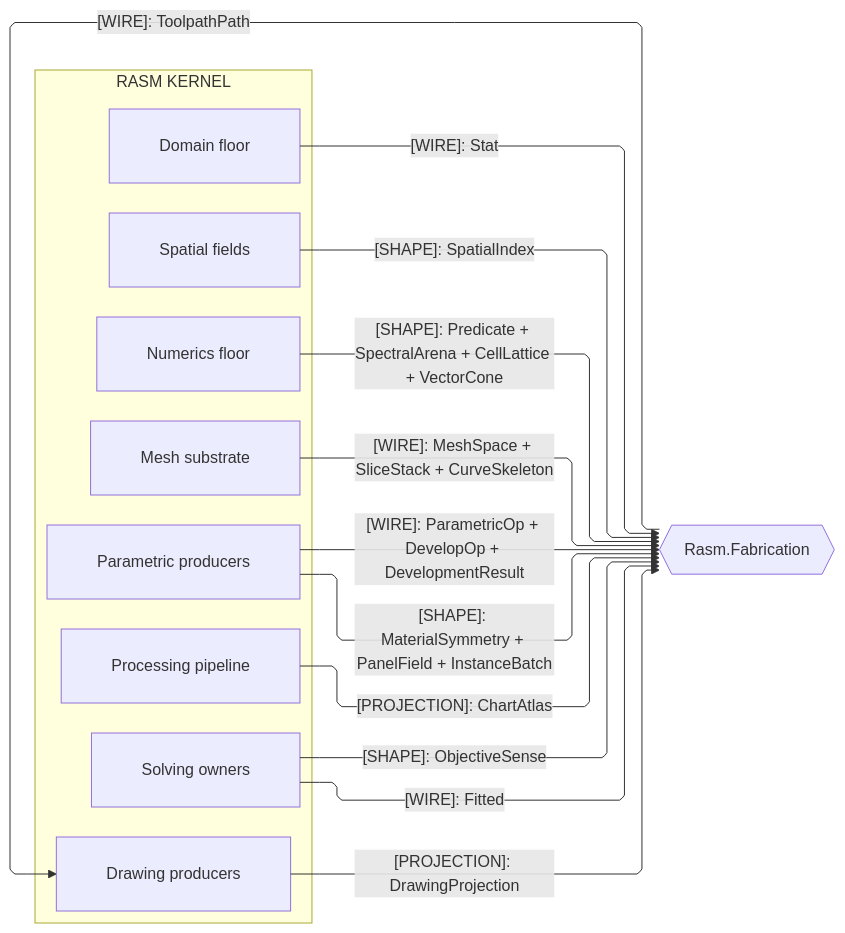
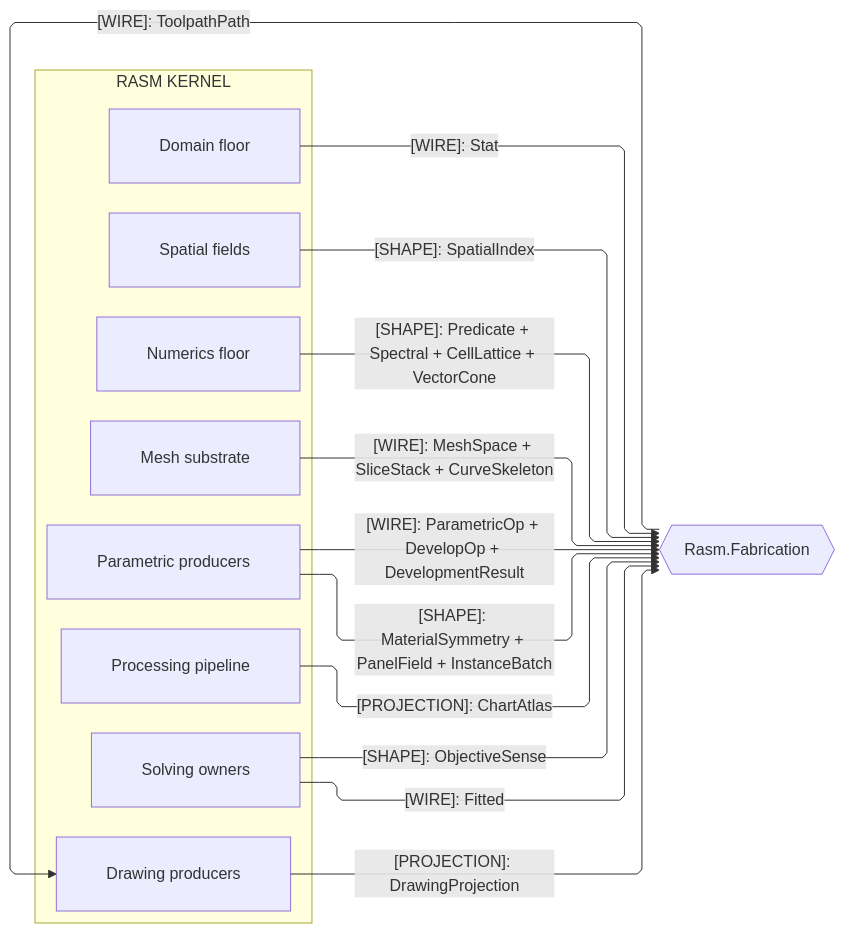
Before and after one commit to bsamiee/Rasm: the third of 4 diagrams in libs/dotnet/Rasm/ARCHITECTURE.md, drawn with Mermaid. The commit also changed other lines of this file and 83 other files, not shown here.

````diff
--- a/libs/dotnet/Rasm/ARCHITECTURE.md
+++ b/libs/dotnet/Rasm/ARCHITECTURE.md
@@ -245,34 +245,34 @@
 ```mermaid
 ---
 config:
   layout: elk
   flowchart:
     curve: linear
     padding: 25
 ---
 flowchart LR
     accTitle: Kernel fabrication boundaries
     accDescr: Kernel owners projecting substrate, algorithm, and drawing shapes to the fabrication peer and reading its posted toolpath pack back.
     subgraph rasm[RASM KERNEL]
         Domain[Domain floor]
         Spatial[Spatial fields]
         Numerics[Numerics floor]
         Meshing[Mesh substrate]
         Parametric[Parametric producers]
         Processing[Processing pipeline]
         Solving[Solving owners]
         Drawing[Drawing producers]
     end
     Fabrication{{Rasm.Fabrication}}
     Domain e1@-->|"[WIRE]: Stat"| Fabrication
     Spatial e2@-->|"[SHAPE]: SpatialIndex"| Fabrication
-    Numerics e3@-->|"[SHAPE]: Predicate + SpectralArena + CellLattice + VectorCone"| Fabrication
+    Numerics e3@-->|"[SHAPE]: Predicate + Spectral + CellLattice + VectorCone"| Fabrication
     Meshing e4@-->|"[WIRE]: MeshSpace + SliceStack + CurveSkeleton"| Fabrication
     Parametric e5@-->|"[WIRE]: ParametricOp + DevelopOp + DevelopmentResult"| Fabrication
     Parametric e12@-->|"[SHAPE]: MaterialSymmetry + PanelField + InstanceBatch"| Fabrication
     Processing e7@-->|"[PROJECTION]: ChartAtlas"| Fabrication
     Solving e8@-->|"[SHAPE]: ObjectiveSense"| Fabrication
     Solving e9@-->|"[WIRE]: Fitted"| Fabrication
     Drawing e10@-->|"[PROJECTION]: DrawingProjection"| Fabrication
     Fabrication e11@-->|"[WIRE]: ToolpathPath"| Drawing
 ```
````
